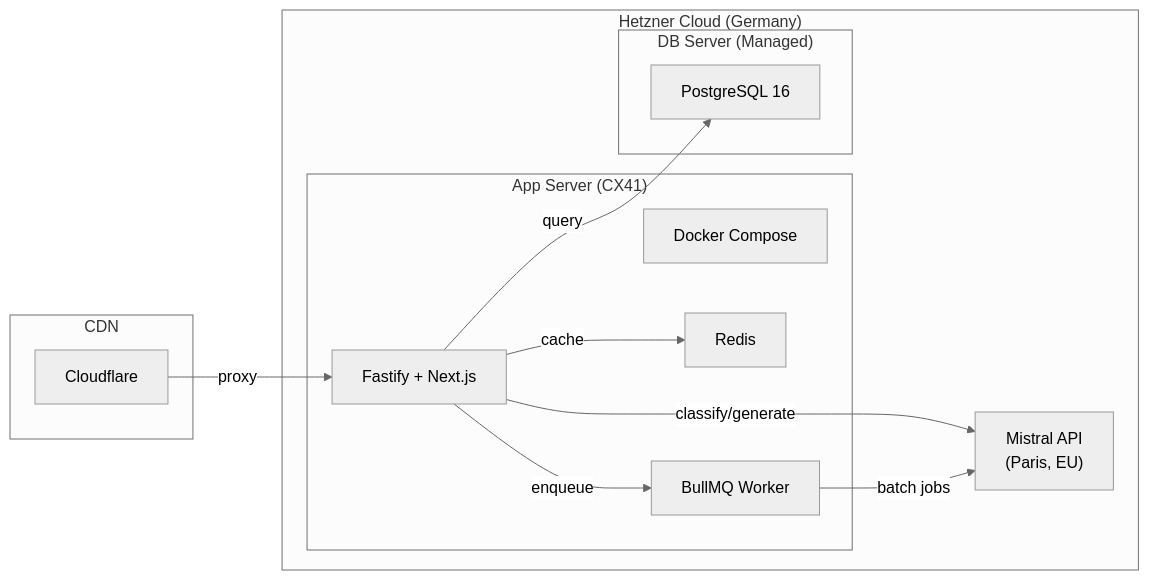
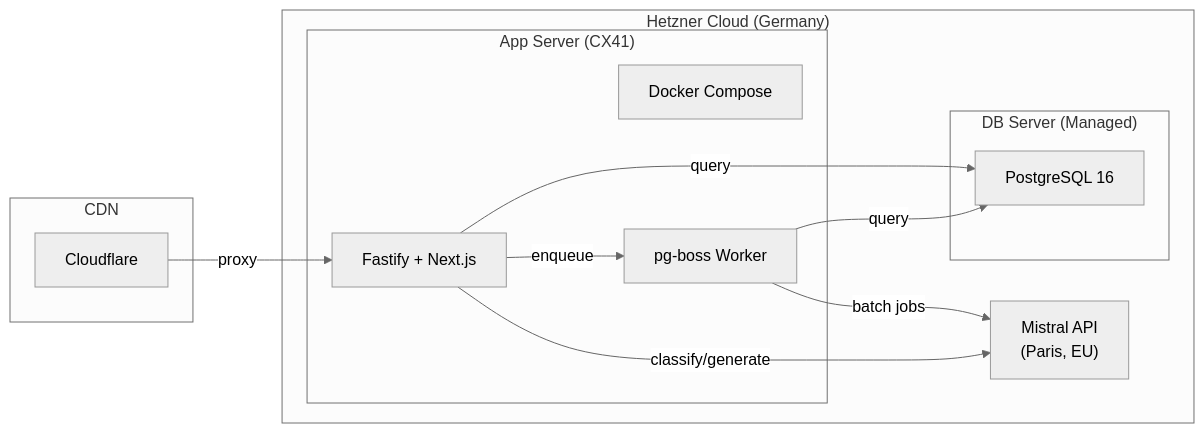
Before and after one commit to complior/complior: the fourth of 4 diagrams in docs/ARCHITECTURE.md, drawn with Mermaid (neutral theme). The commit also changed other lines of this file and 2 other files, not shown here.

First line of the commit message:
docs: replace BullMQ+Redis with pg-boss (PostgreSQL-native) for MVP

````diff
--- a/docs/ARCHITECTURE.md
+++ b/docs/ARCHITECTURE.md
@@ -619,28 +663,27 @@
 ```mermaid
 graph LR
     subgraph Hetzner["Hetzner Cloud (Germany)"]
         subgraph AppServer["App Server (CX41)"]
             Docker["Docker Compose"]
             Fastify_["Fastify + Next.js"]
-            Redis_["Redis"]
-            BullMQ_["BullMQ Worker"]
+            PgBoss_["pg-boss Worker"]
         end
 
         subgraph DBServer["DB Server (Managed)"]
             PG["PostgreSQL 16"]
         end
 
         MistralAPI_["Mistral API<br/>(Paris, EU)"]
     end
 
     subgraph CDN["CDN"]
         CF["Cloudflare"]
     end
 
     CF -->|proxy| Fastify_
     Fastify_ -->|query| PG
-    Fastify_ -->|cache| Redis_
-    Fastify_ -->|enqueue| BullMQ_
+    Fastify_ -->|enqueue| PgBoss_
     Fastify_ -->|classify/generate| MistralAPI_
-    BullMQ_ -->|batch jobs| MistralAPI_
+    PgBoss_ -->|query| PG
+    PgBoss_ -->|batch jobs| MistralAPI_
 ```
````
